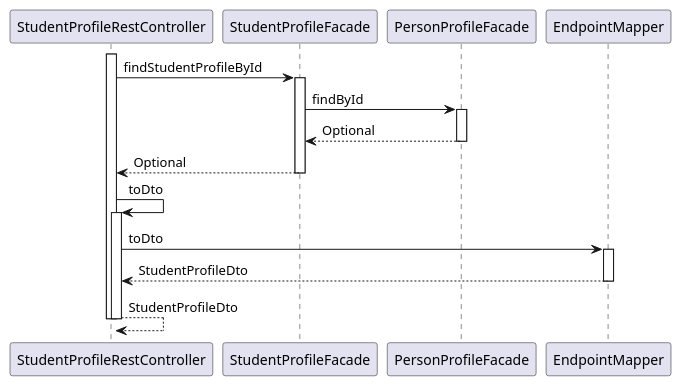
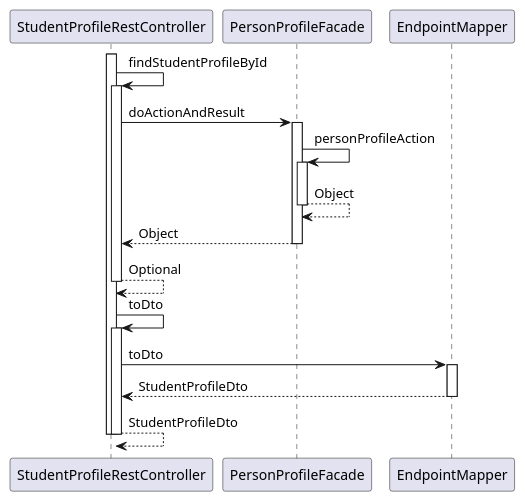
One commit to OlegSopilnyak/school-demo changed the diagram in ingress/documentation/puml/sequence-diagrams/Profile.StudentProfile.findById.puml. Above: the diagram before and after it, drawn with PlantUML. The commit also changed 102 other files, not shown here.

```diff
--- a/ingress/documentation/puml/sequence-diagrams/Profile.StudentProfile.findById.puml
+++ b/ingress/documentation/puml/sequence-diagrams/Profile.StudentProfile.findById.puml
@@ -3,27 +3,30 @@
 @startuml
 
 participant StudentProfileRestController
-participant StudentProfileFacade
 participant PersonProfileFacade
 participant EndpointMapper
 
 activate StudentProfileRestController
-	StudentProfileRestController -> StudentProfileFacade : findStudentProfileById
-	activate StudentProfileFacade
-		StudentProfileFacade -> PersonProfileFacade : findById
+	StudentProfileRestController -> StudentProfileRestController : findStudentProfileById
+	activate StudentProfileRestController
+		StudentProfileRestController -> PersonProfileFacade : doActionAndResult
 		activate PersonProfileFacade
-			PersonProfileFacade --> StudentProfileFacade : Optional
+			PersonProfileFacade -> PersonProfileFacade : personProfileAction
+			activate PersonProfileFacade
+				PersonProfileFacade --> PersonProfileFacade : Object
+			deactivate PersonProfileFacade
+			PersonProfileFacade --> StudentProfileRestController : Object
 		deactivate PersonProfileFacade
-		StudentProfileFacade --> StudentProfileRestController : Optional
-	deactivate StudentProfileFacade
+		StudentProfileRestController --> StudentProfileRestController : Optional
+	deactivate StudentProfileRestController
 	StudentProfileRestController -> StudentProfileRestController : toDto
 	activate StudentProfileRestController
 		StudentProfileRestController -> EndpointMapper : toDto
 		activate EndpointMapper
 			EndpointMapper --> StudentProfileRestController : StudentProfileDto
 		deactivate EndpointMapper
 		StudentProfileRestController --> StudentProfileRestController : StudentProfileDto
 	deactivate StudentProfileRestController
 deactivate StudentProfileRestController
 
 @enduml
```
